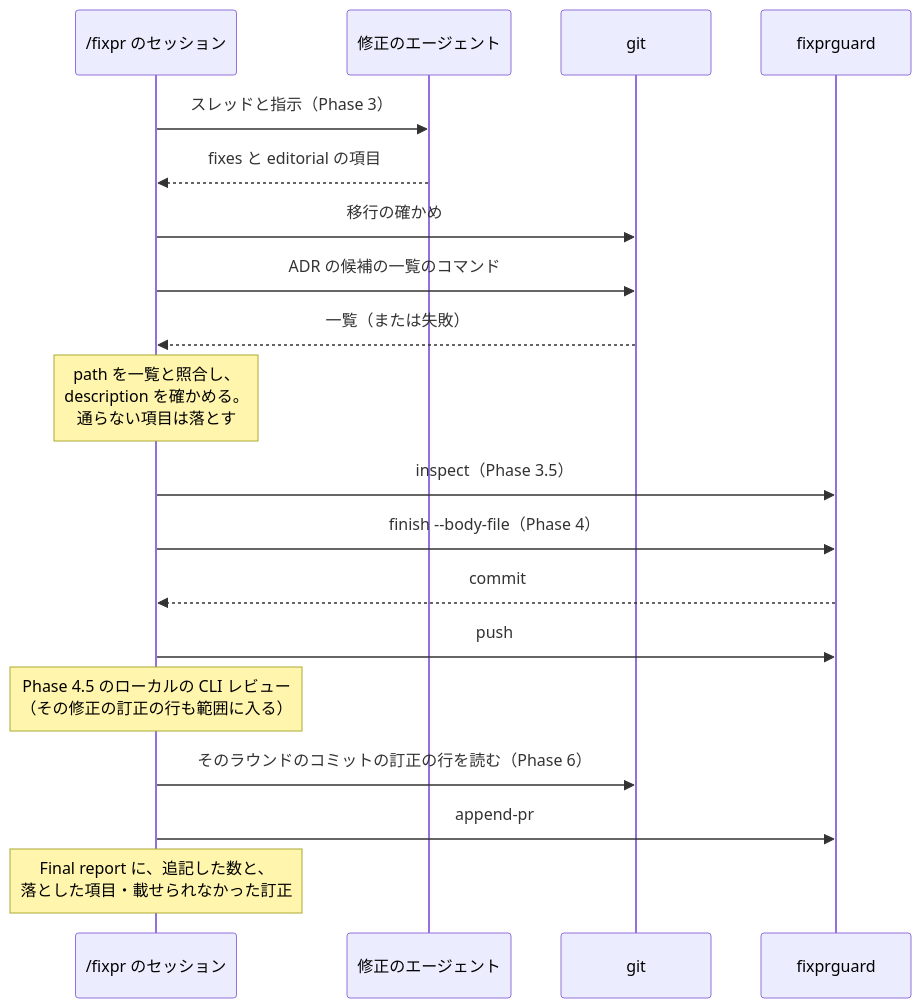
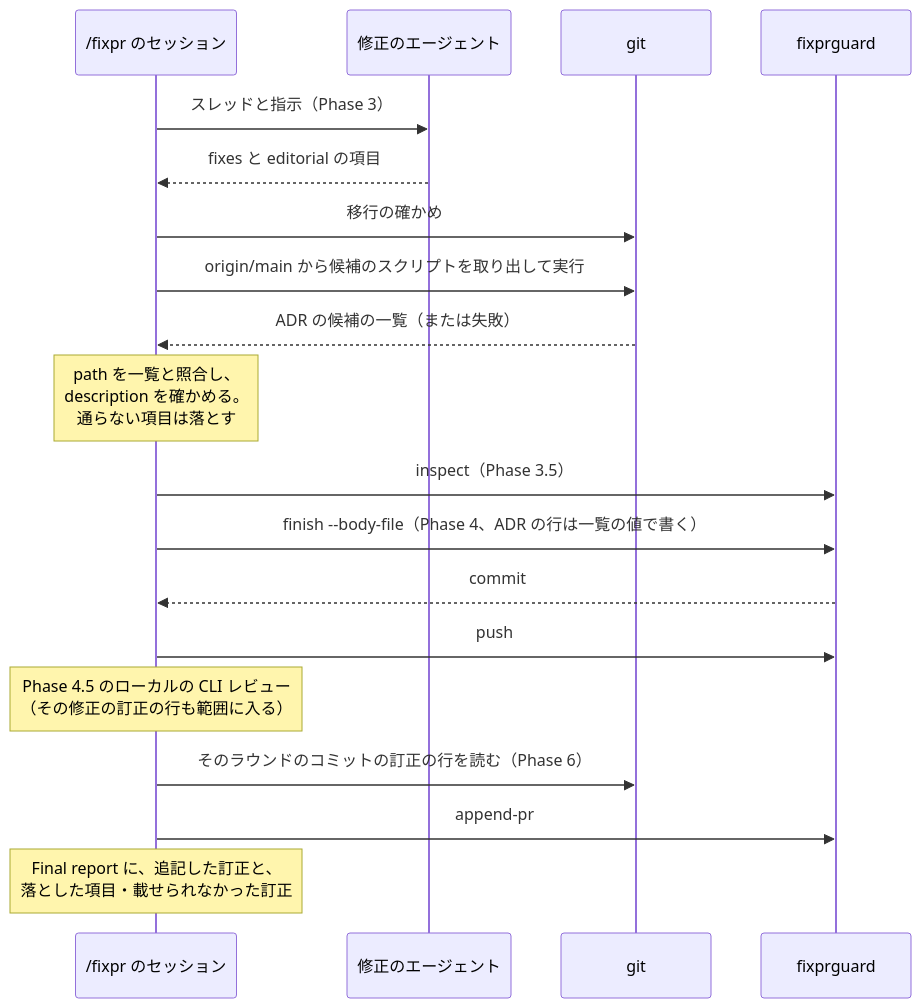
Before and after one commit to isseis/yt2column: the fourth of 5 diagrams in docs/tasks/0074_adr_editorial_correction/02_architecture.md, drawn with Mermaid. The commit also changed other lines of this file, not shown here.

First line of the commit message:
docs(0074): address the architecture review findings

````diff
--- a/docs/tasks/0074_adr_editorial_correction/02_architecture.md
+++ b/docs/tasks/0074_adr_editorial_correction/02_architecture.md
@@ -478,22 +577,22 @@
 ```mermaid
 sequenceDiagram
     participant S as /fixpr のセッション
     participant A as 修正のエージェント
     participant G as git
     participant T as fixprguard
 
     S->>A: スレッドと指示（Phase 3）
     A-->>S: fixes と editorial の項目
     S->>G: 移行の確かめ
-    S->>G: ADR の候補の一覧のコマンド
-    G-->>S: 一覧（または失敗）
+    S->>G: origin/main から候補のスクリプトを取り出して実行
+    G-->>S: ADR の候補の一覧（または失敗）
     Note over S: path を一覧と照合し、<br>description を確かめる。<br>通らない項目は落とす
     S->>T: inspect（Phase 3.5）
-    S->>T: finish --body-file（Phase 4）
+    S->>T: finish --body-file（Phase 4、ADR の行は一覧の値で書く）
     T-->>S: commit
     S->>T: push
     Note over S: Phase 4.5 のローカルの CLI レビュー<br>（その修正の訂正の行も範囲に入る）
     S->>G: そのラウンドのコミットの訂正の行を読む（Phase 6）
     S->>T: append-pr
-    Note over S: Final report に、追記した数と、<br>落とした項目・載せられなかった訂正
+    Note over S: Final report に、追記した訂正と、<br>落とした項目・載せられなかった訂正
 ```
````
